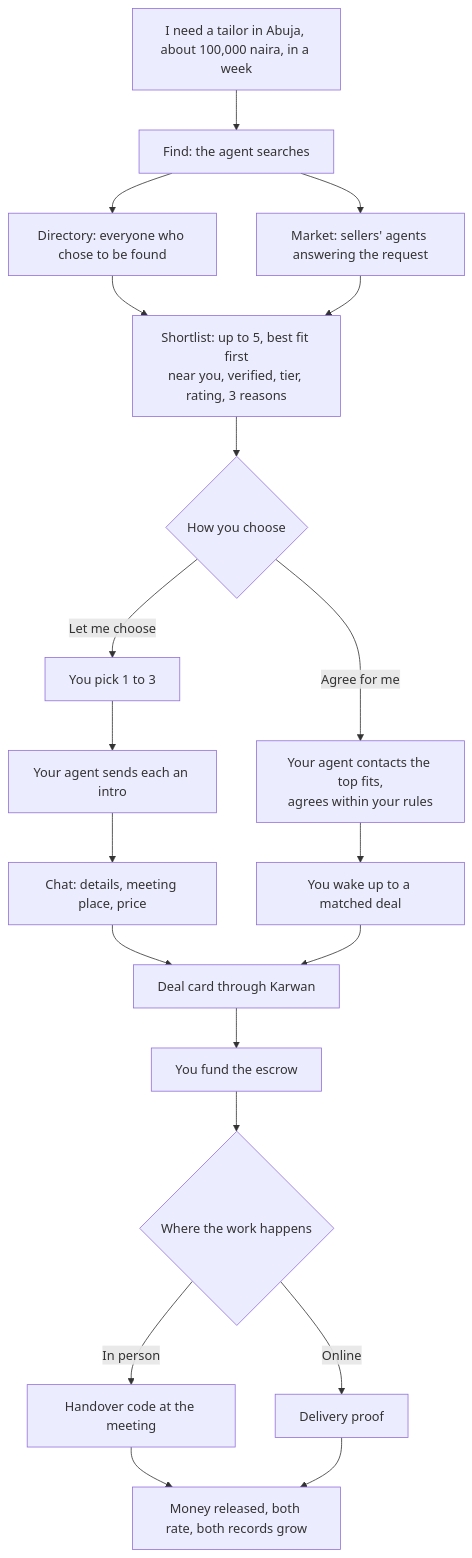
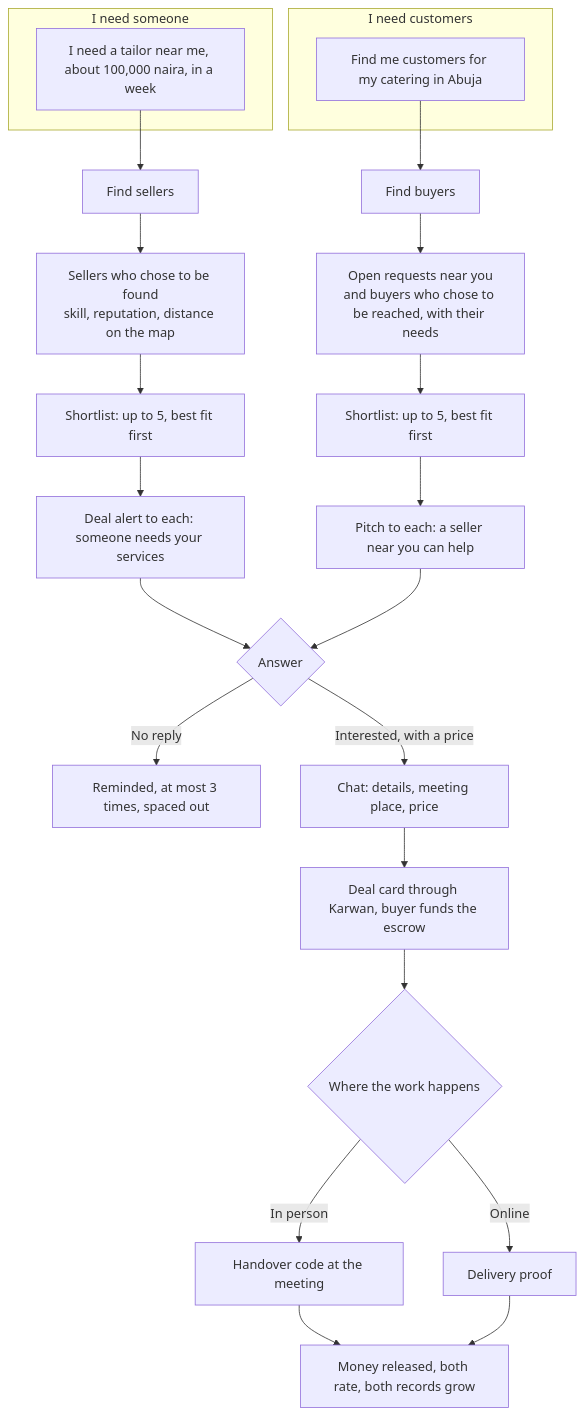
Before and after one commit to Iziedking/Karwan: the diagram in docs/architecture/72-your-agent-finds-the-people.md, drawn with Mermaid. The commit also changed other lines of this file, not shown here.

Commit message:
docs(find): view 72, agents find sellers and buyers, decisions in

````diff
--- a/docs/architecture/72-your-agent-finds-the-people.md
+++ b/docs/architecture/72-your-agent-finds-the-people.md
@@ -39,21 +40,27 @@
 ```mermaid
 flowchart TB
-  N[I need a tailor in Abuja, about 100,000 naira, in a week] --> F[Find: the agent searches]
-  F --> D[Directory: everyone who chose to be found]
-  F --> M[Market: sellers' agents answering the request]
-  D --> S[Shortlist: up to 5, best fit first<br/>near you, verified, tier, rating, 3 reasons]
-  M --> S
-  S --> C{How you choose}
-  C -->|Let me choose| P[You pick 1 to 3] --> I[Your agent sends each an intro]
-  C -->|Agree for me| A[Your agent contacts the top fits,<br/>agrees within your rules]
-  I --> CH[Chat: details, meeting place, price]
-  A --> W[You wake up to a matched deal]
-  CH --> DC[Deal card through Karwan]
-  W --> DC
-  DC --> E[You fund the escrow]
-  E --> X{Where the work happens}
+  subgraph Buyer[I need someone]
+    N[I need a tailor near me, about 100,000 naira, in a week]
+  end
+  subgraph Seller[I need customers]
+    K[Find me customers for my catering in Abuja]
+  end
+  N --> FS[Find sellers]
+  K --> FB[Find buyers]
+  FS --> DS[Sellers who chose to be found<br/>skill, reputation, distance on the map]
+  FB --> DB[Open requests near you<br/>and buyers who chose to be reached, with their needs]
+  DS --> SL[Shortlist: up to 5, best fit first]
+  DB --> SL2[Shortlist: up to 5, best fit first]
+  SL --> AL[Deal alert to each: someone needs your services]
+  SL2 --> PI[Pitch to each: a seller near you can help]
+  AL --> AN{Answer}
+  PI --> AN
+  AN -->|No reply| RM[Reminded, at most 3 times, spaced out]
+  AN -->|Interested, with a price| CH[Chat: details, meeting place, price]
+  CH --> DC[Deal card through Karwan, buyer funds the escrow]
+  DC --> X{Where the work happens}
   X -->|In person| H[Handover code at the meeting]
   X -->|Online| O[Delivery proof]
   H --> R[Money released, both rate, both records grow]
   O --> R
 ```
````
